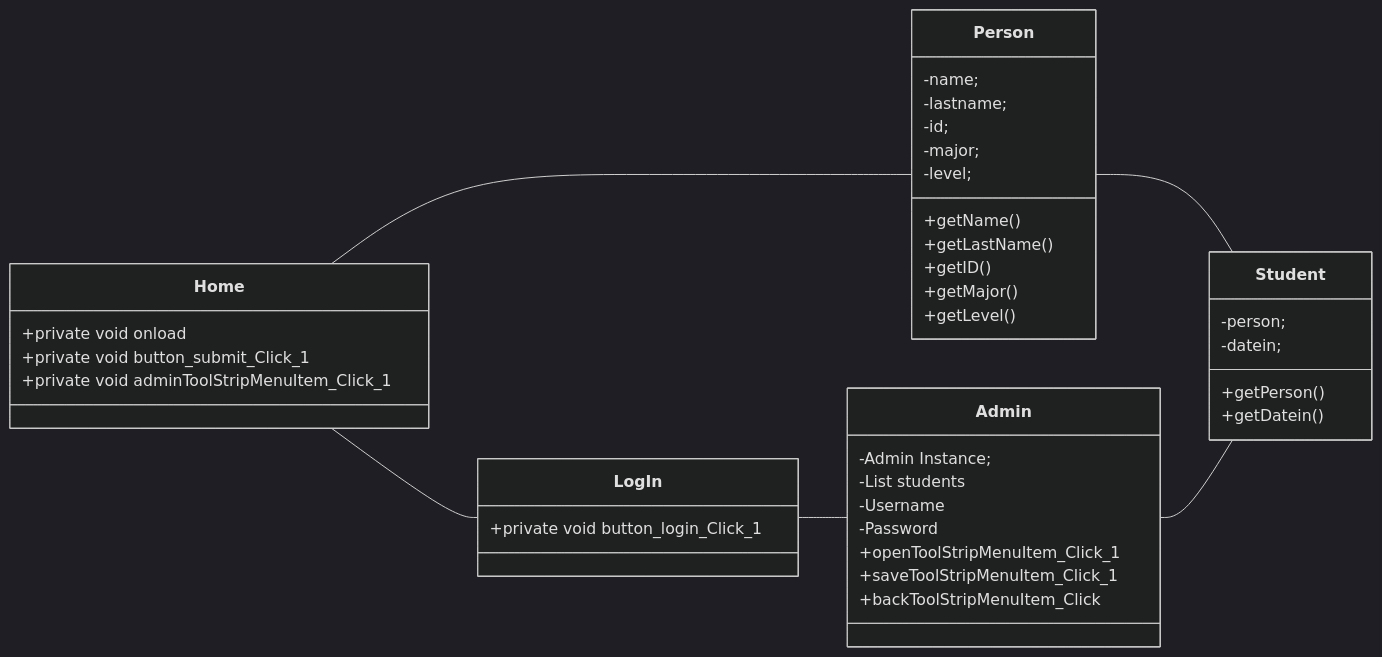
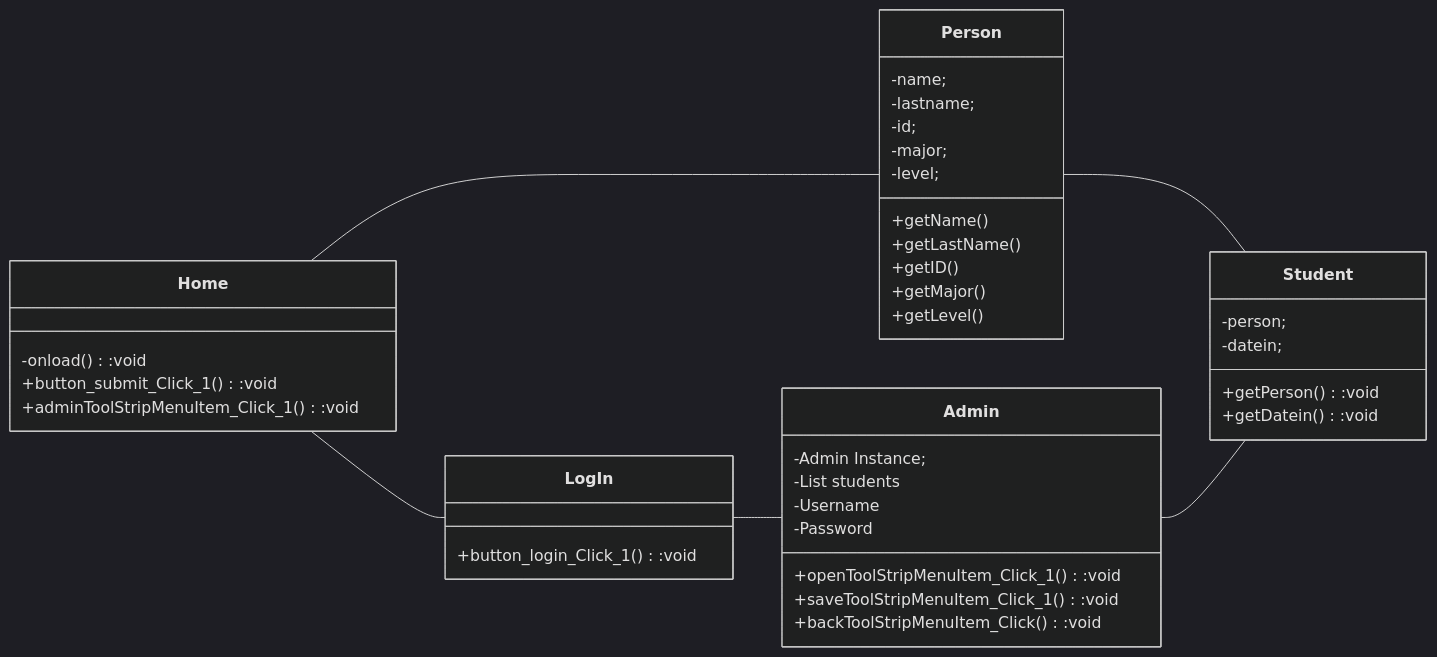
One commit to MDM007MDM/FP changed the diagram in ProjectRoom-main/README.md. Above: the diagram before and after it, drawn with Mermaid (dark theme).

````diff
--- a/ProjectRoom-main/README.md
+++ b/ProjectRoom-main/README.md
@@ -10,45 +10,45 @@
 ```Mermaid
 classDiagram
   direction LR
   class Home{
-  +private void onload 
-  +private void button_submit_Click_1
-  +private void adminToolStripMenuItem_Click_1
+  -onload():void 
+  +button_submit_Click_1():void
+  +adminToolStripMenuItem_Click_1():void
 }
   class LogIn{
-  +private void button_login_Click_1
+  +button_login_Click_1():void
   }
   class Admin{
   -Admin Instance;
   -List<Students> students 
   -Username 
   -Password 
-  +openToolStripMenuItem_Click_1
-  +saveToolStripMenuItem_Click_1
-  +backToolStripMenuItem_Click
+  +openToolStripMenuItem_Click_1():void
+  +saveToolStripMenuItem_Click_1():void
+  +backToolStripMenuItem_Click():void
   }
   class Person{
   -name;
   -lastname;
   -id;
   -major;
   -level;
   +getName()
   +getLastName()
   +getID()
   +getMajor()
   +getLevel()
   }
   class Student{
   -person;
   -datein;
-  +getPerson()
-  +getDatein()
+  +getPerson():void
+  +getDatein():void
   }
    Home -- LogIn
    Home -- Person 
    Person -- Student
    Log In -- Admin
    Admin -- Student
 
 ```
````
